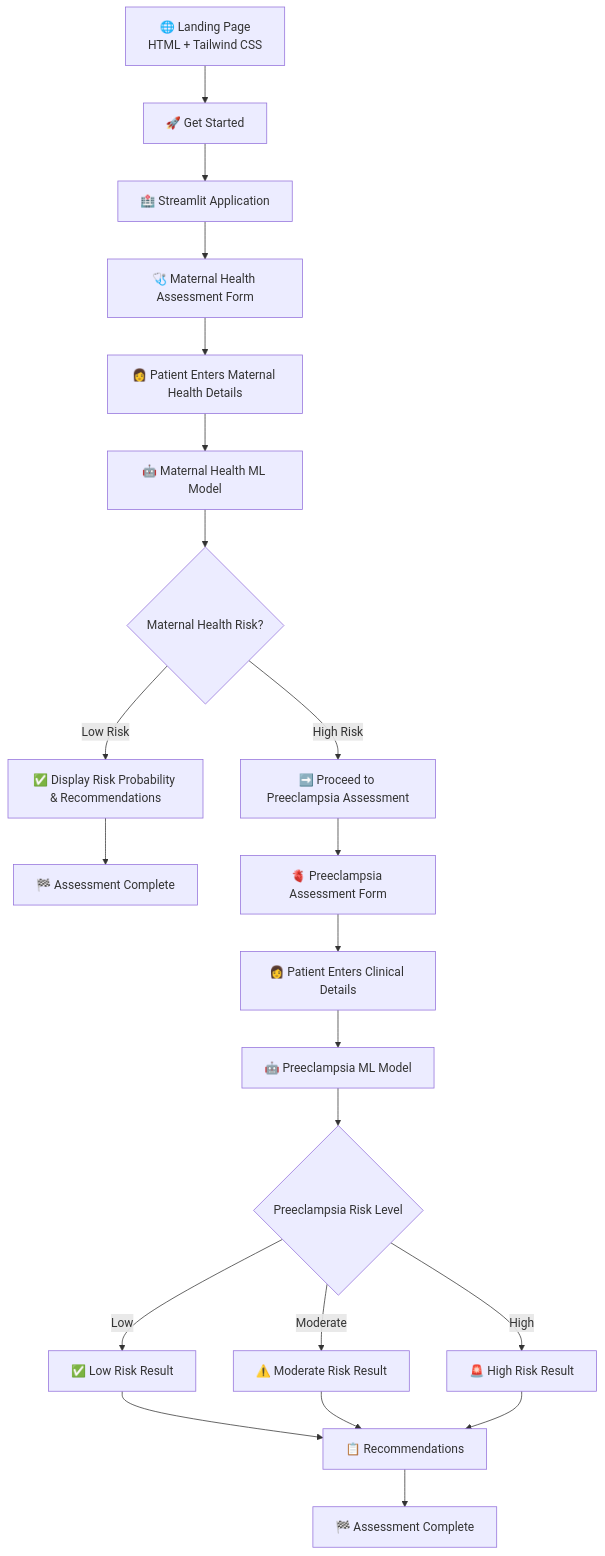
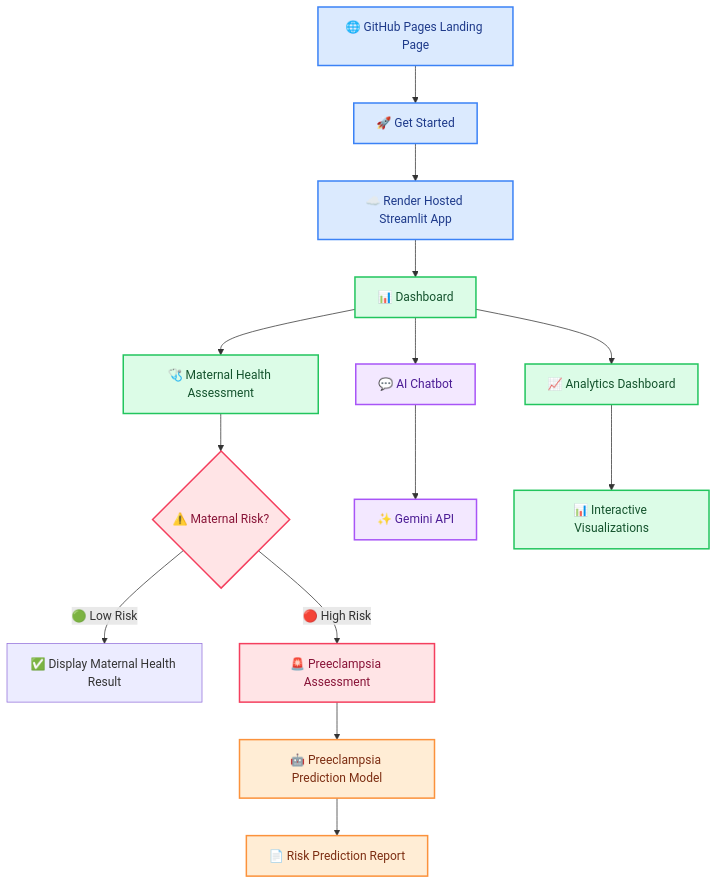
The second of 2 diagrams in README.md (priyankalisa/maternal-health-preeclampsia-system), drawn with Mermaid before and after one commit. The commit also changed other lines of this file, not shown here.

First line of the commit message:
Revise README for Preeclampsia Prediction Project

````diff
--- a/README.md
+++ b/README.md
@@ -234,41 +212,38 @@
 ```mermaid
 flowchart TD
 
-    A[🌐 Landing Page<br/>HTML + Tailwind CSS] --> B[🚀 Get Started]
+A[🌐 GitHub Pages Landing Page] --> B[🚀 Get Started]
+B --> C[☁️ Render Hosted Streamlit App]
 
-    B --> C[🏥 Streamlit Application]
+C --> D[📊 Dashboard]
 
-    C --> D[🩺 Maternal Health Assessment Form]
+D --> E[🩺 Maternal Health Assessment]
 
-    D --> E[👩 Patient Enters Maternal Health Details]
+E --> F{⚠️ Maternal Risk?}
 
-    E --> F[🤖 Maternal Health ML Model]
+F -->|🟢 Low Risk| G[✅ Display Maternal Health Result]
+F -->|🔴 High Risk| H[🚨 Preeclampsia Assessment]
 
-    F --> G{Maternal Health Risk?}
+H --> I[🤖 Preeclampsia Prediction Model]
+I --> J[📄 Risk Prediction Report]
 
-    G -->|Low Risk| H[✅ Display Risk Probability & Recommendations]
+D --> K[💬 AI Chatbot]
+D --> L[📈 Analytics Dashboard]
 
-    H --> I[🏁 Assessment Complete]
+K --> M[✨ Gemini API]
+L --> N[📊 Interactive Visualizations]
 
-    G -->|High Risk| J[➡️ Proceed to Preeclampsia Assessment]
+%% Styling
+classDef landing fill:#DBEAFE,stroke:#3B82F6,color:#1E3A8A,stroke-width:2px;
+classDef dashboard fill:#DCFCE7,stroke:#22C55E,color:#14532D,stroke-width:2px;
+classDef risk fill:#FFE4E6,stroke:#F43F5E,color:#881337,stroke-width:2px;
+classDef ai fill:#F3E8FF,stroke:#A855F7,color:#4C1D95,stroke-width:2px;
+classDef report fill:#FFEDD5,stroke:#FB923C,color:#7C2D12,stroke-width:2px;
 
-    J --> K[🫀 Preeclampsia Assessment Form]
-
-    K --> L[👩 Patient Enters Clinical Details]
-
-    L --> M[🤖 Preeclampsia ML Model]
-
-    M --> N{Preeclampsia Risk Level}
-
-    N -->|Low| O[✅ Low Risk Result]
-
-    N -->|Moderate| P[⚠️ Moderate Risk Result]
-
-    N -->|High| Q[🚨 High Risk Result]
-
-    O --> R[📋 Recommendations]
-    P --> R
-    Q --> R
-
-    R --> S[🏁 Assessment Complete]
+class A,B,C landing;
+class D,E dashboard;
+class F,H risk;
+class I,J report;
+class K,M ai;
+class L,N dashboard;
 ```
````
